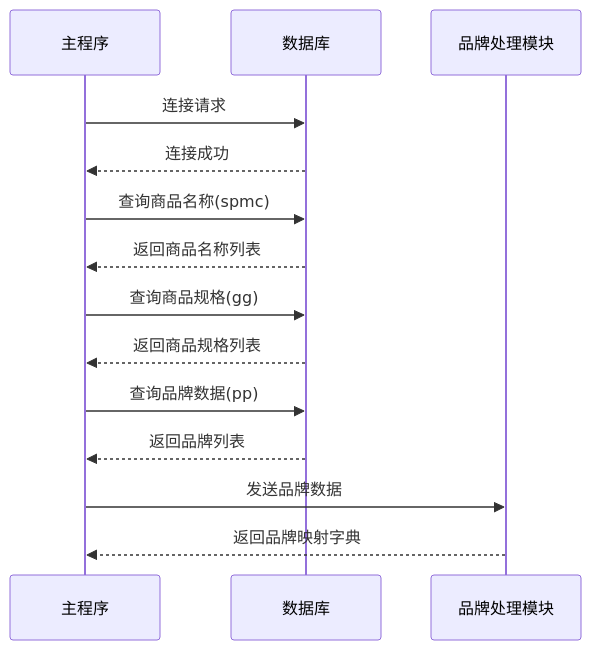
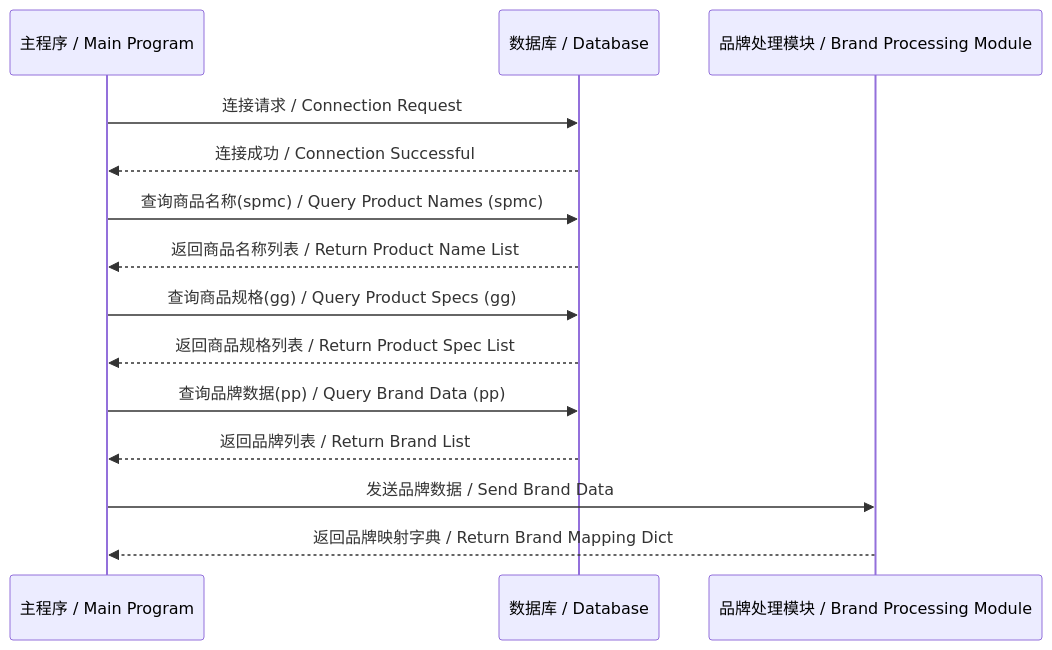
The second of 10 diagrams in README.md (041008Ashley/2025-ProductTitleMatchingAnalysis), drawn with Mermaid before and after one commit. The commit also changed other lines of this file, not shown here.

````diff
--- a/README.md
+++ b/README.md
@@ -41,17 +37,17 @@
 ```mermaid
 sequenceDiagram
-    participant 主程序
-    participant 数据库
-    participant 品牌处理模块
+    participant 主程序 / Main Program
+    participant 数据库 / Database
+    participant 品牌处理模块 / Brand Processing Module
     
-    主程序->>数据库: 连接请求
-    数据库-->>主程序: 连接成功
-    主程序->>数据库: 查询商品名称(spmc)
-    数据库-->>主程序: 返回商品名称列表
-    主程序->>数据库: 查询商品规格(gg)
-    数据库-->>主程序: 返回商品规格列表
-    主程序->>数据库: 查询品牌数据(pp)
-    数据库-->>主程序: 返回品牌列表
-    主程序->>品牌处理模块: 发送品牌数据
-    品牌处理模块-->>主程序: 返回品牌映射字典
+    主程序 / Main Program->>数据库 / Database: 连接请求 / Connection Request
+    数据库 / Database-->>主程序 / Main Program: 连接成功 / Connection Successful
+    主程序 / Main Program->>数据库 / Database: 查询商品名称(spmc) / Query Product Names (spmc)
+    数据库 / Database-->>主程序 / Main Program: 返回商品名称列表 / Return Product Name List
+    主程序 / Main Program->>数据库 / Database: 查询商品规格(gg) / Query Product Specs (gg)
+    数据库 / Database-->>主程序 / Main Program: 返回商品规格列表 / Return Product Spec List
+    主程序 / Main Program->>数据库 / Database: 查询品牌数据(pp) / Query Brand Data (pp)
+    数据库 / Database-->>主程序 / Main Program: 返回品牌列表 / Return Brand List
+    主程序 / Main Program->>品牌处理模块 / Brand Processing Module: 发送品牌数据 / Send Brand Data
+    品牌处理模块 / Brand Processing Module-->>主程序 / Main Program: 返回品牌映射字典 / Return Brand Mapping Dict
 ```
````
